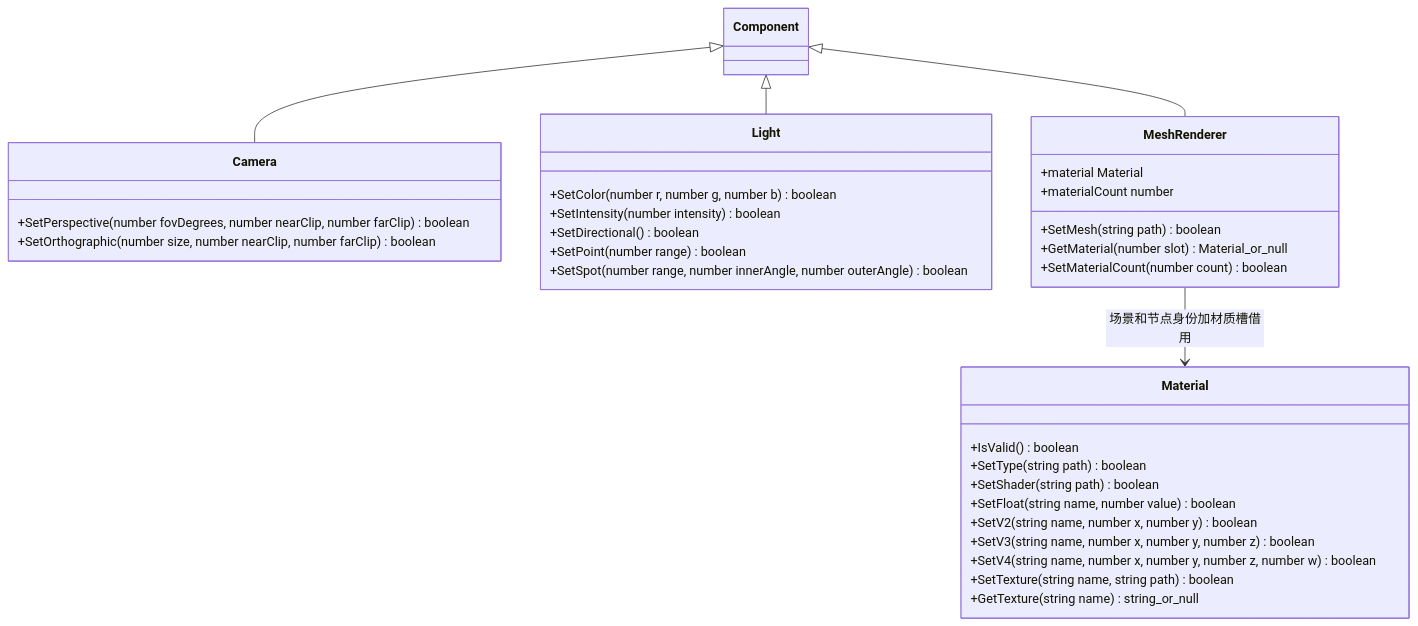
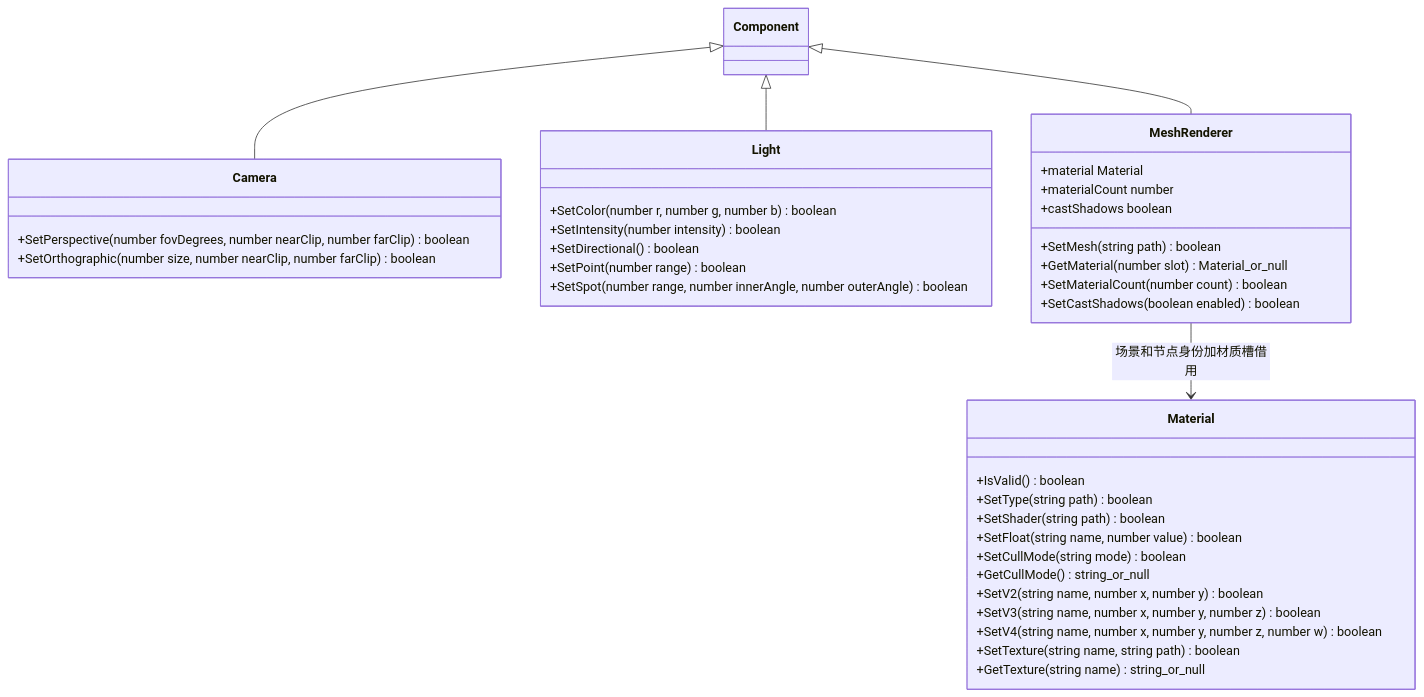
The second of 2 diagrams in docs/plugins/runtime/class-diagrams/render-script-api.md (lcals/Engine), drawn with Mermaid before and after one commit. The commit also changed other lines of this file and 93 other files, not shown here.

````diff
--- a/docs/plugins/runtime/class-diagrams/render-script-api.md
+++ b/docs/plugins/runtime/class-diagrams/render-script-api.md
@@ -34,38 +38,42 @@
 ```mermaid
 classDiagram
     direction TB
     class Camera {
         +SetPerspective(number fovDegrees, number nearClip, number farClip) boolean
         +SetOrthographic(number size, number nearClip, number farClip) boolean
     }
     class Light {
         +SetColor(number r, number g, number b) boolean
         +SetIntensity(number intensity) boolean
         +SetDirectional() boolean
         +SetPoint(number range) boolean
         +SetSpot(number range, number innerAngle, number outerAngle) boolean
     }
     class Material {
         +IsValid() boolean
         +SetType(string path) boolean
         +SetShader(string path) boolean
         +SetFloat(string name, number value) boolean
+        +SetCullMode(string mode) boolean
+        +GetCullMode() string_or_null
         +SetV2(string name, number x, number y) boolean
         +SetV3(string name, number x, number y, number z) boolean
         +SetV4(string name, number x, number y, number z, number w) boolean
         +SetTexture(string name, string path) boolean
         +GetTexture(string name) string_or_null
     }
     class MeshRenderer {
         +material Material
         +materialCount number
         +SetMesh(string path) boolean
         +GetMaterial(number slot) Material_or_null
         +SetMaterialCount(number count) boolean
+        +castShadows boolean
+        +SetCastShadows(boolean enabled) boolean
     }
     class Component
     Component <|-- Camera
     Component <|-- Light
     Component <|-- MeshRenderer
     MeshRenderer --> Material : 场景和节点身份加材质槽借用
 ```
````
